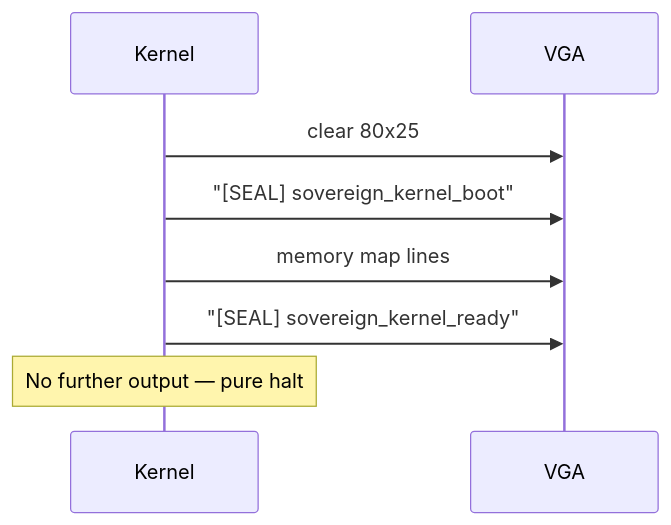
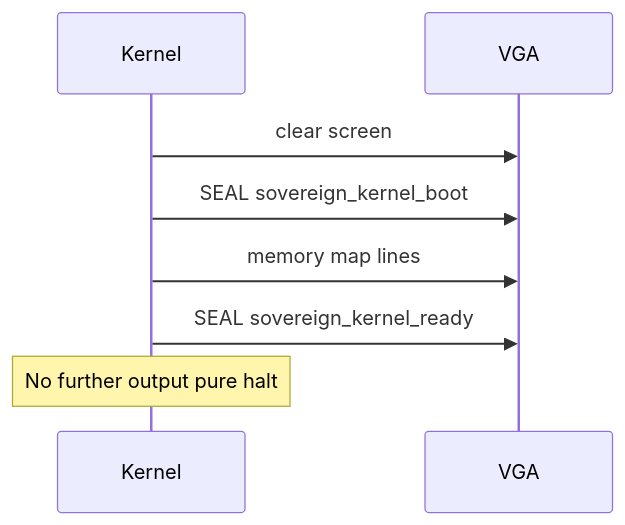
One commit to AHMADALIPARR/preeny-sovereign changed the fifth of 5 diagrams in docs/ARCHITECTURE.md. Above: the diagram before and after it, drawn with Mermaid. The commit also changed other lines of this file, not shown here.

Commit message:
Fix architecture doc: no broken SVG embeds, safe mermaid syntax

````diff
--- a/docs/ARCHITECTURE.md
+++ b/docs/ARCHITECTURE.md
@@ -111,11 +126,11 @@
 ```mermaid
 sequenceDiagram
     participant K as Kernel
     participant V as VGA
 
-    K->>V: clear 80x25
-    K->>V: "[SEAL] sovereign_kernel_boot"
+    K->>V: clear screen
+    K->>V: SEAL sovereign_kernel_boot
     K->>V: memory map lines
-    K->>V: "[SEAL] sovereign_kernel_ready"
-    Note over K: No further output — pure halt
+    K->>V: SEAL sovereign_kernel_ready
+    Note over K: No further output pure halt
 ```
````
